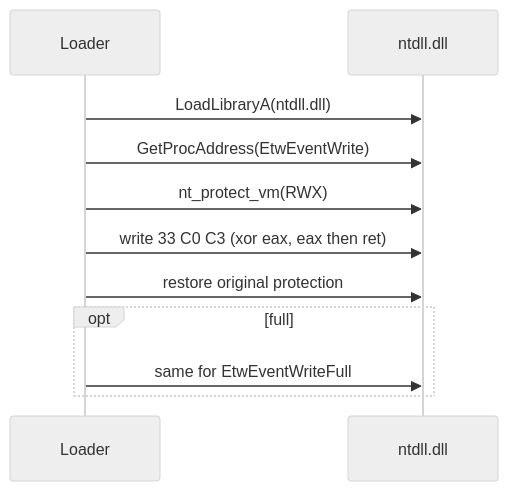
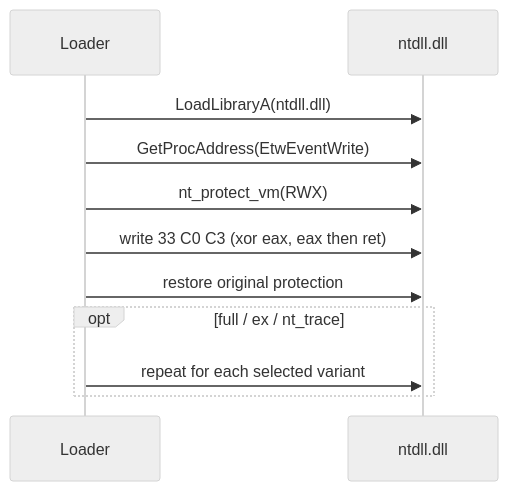
Before and after one commit to M3str3/Picaro: the diagram in src/techniques/patch_etw/README.md, drawn with Mermaid (neutral theme). The commit also changed other lines of this file and 4 other files, not shown here.

````diff
--- a/src/techniques/patch_etw/README.md
+++ b/src/techniques/patch_etw/README.md
@@ -16,13 +38,13 @@
 ```mermaid
 sequenceDiagram
     participant L as Loader
     participant N as ntdll.dll
     L->>N: LoadLibraryA(ntdll.dll)
     L->>N: GetProcAddress(EtwEventWrite)
     L->>N: nt_protect_vm(RWX)
     L->>N: write 33 C0 C3 (xor eax, eax then ret)
     L->>N: restore original protection
-    opt full
-        L->>N: same for EtwEventWriteFull
+    opt full / ex / nt_trace
+        L->>N: repeat for each selected variant
     end
 ```
````
